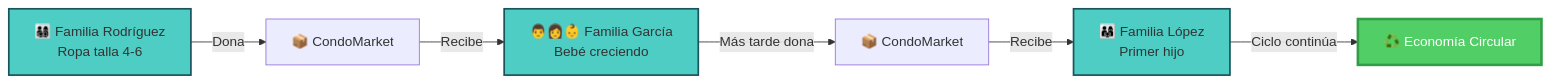
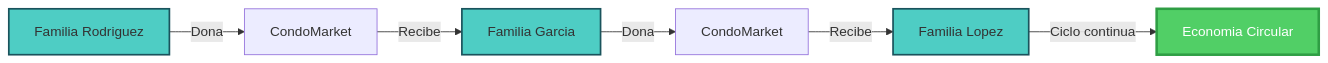
One commit to softv2ware/condomarket.api changed diagram 14 of 25 in app.spanish.md. Above: the diagram before and after it, drawn with Mermaid. The commit also changed other lines of this file, not shown here.

````diff
--- a/app.spanish.md
+++ b/app.spanish.md
@@ -642,13 +643,13 @@
 ```mermaid
 graph LR
-    A[👨‍👩‍👧‍👦 Familia Rodríguez<br/>Ropa talla 4-6] -->|Dona| B[📦 CondoMarket]
-    B -->|Recibe| C[👨‍👩‍👶 Familia García<br/>Bebé creciendo]
-    C -->|Más tarde dona| D[📦 CondoMarket]
-    D -->|Recibe| E[👨‍👩‍👧 Familia López<br/>Primer hijo]
-    E -->|Ciclo continúa| F[♻️ Economía Circular]
+    A[Familia Rodriguez] -->|Dona| B[CondoMarket]
+    B -->|Recibe| C[Familia Garcia]
+    C -->|Dona| D[CondoMarket]
+    D -->|Recibe| E[Familia Lopez]
+    E -->|Ciclo continua| F[Economia Circular]
     
     style A fill:#4ECDC4,stroke:#1A535C,stroke-width:2px
     style C fill:#4ECDC4,stroke:#1A535C,stroke-width:2px
     style E fill:#4ECDC4,stroke:#1A535C,stroke-width:2px
     style F fill:#51CF66,stroke:#2F9E44,stroke-width:3px,color:#fff
 ```
````
